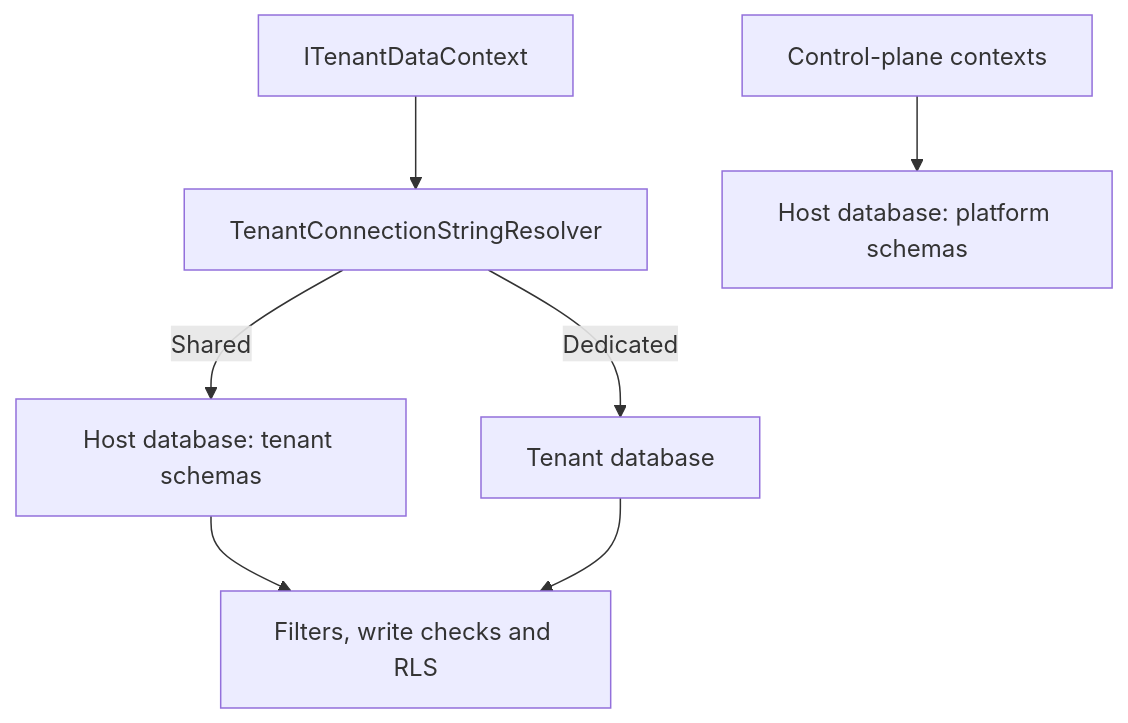
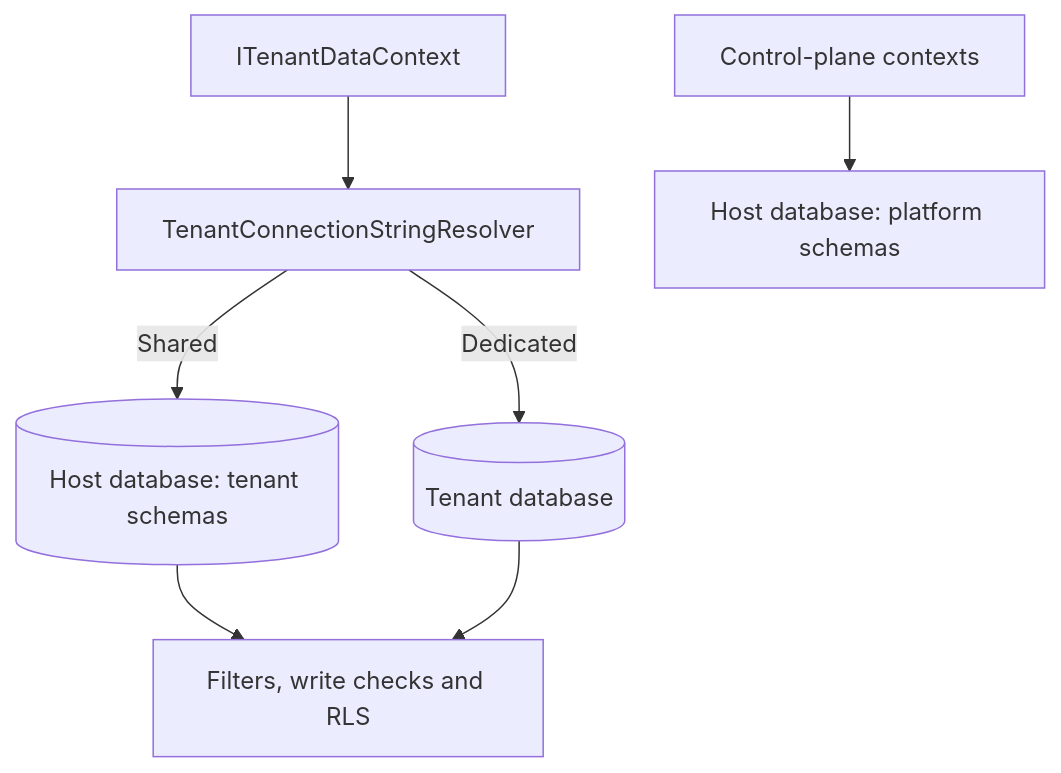
One commit to mhasabalah/StarterKit changed the diagram in wiki/MultiTenancy/Isolation-and-Dedicated-Databases.md. Above: the diagram before and after it, drawn with Mermaid. The commit also changed 152 other files, not shown here.

Commit message:
feat(docs): add Fumadocs V2 and standardize diagrams

````diff
--- a/wiki/MultiTenancy/Isolation-and-Dedicated-Databases.md
+++ b/wiki/MultiTenancy/Isolation-and-Dedicated-Databases.md
@@ -26,9 +26,13 @@
 ```mermaid
 flowchart TB
+  accTitle: Control plane vs data plane
+  accDescr: Dedicated isolation changes the data-plane location while control-plane contexts remain in the host database.
   C[ITenantDataContext] --> R[TenantConnectionStringResolver]
-  R -->|Shared| S[Host database: tenant schemas]
-  R -->|Dedicated| D[Tenant database]
+  R -->|Shared| S[(Host database: tenant schemas)]
+  R -->|Dedicated| D[(Tenant database)]
   S --> I[Filters, write checks and RLS]
   D --> I
   H[Control-plane contexts] --> P[Host database: platform schemas]
+  class C,R,I,H infrastructure
+  class S,D,P data
 ```
````
